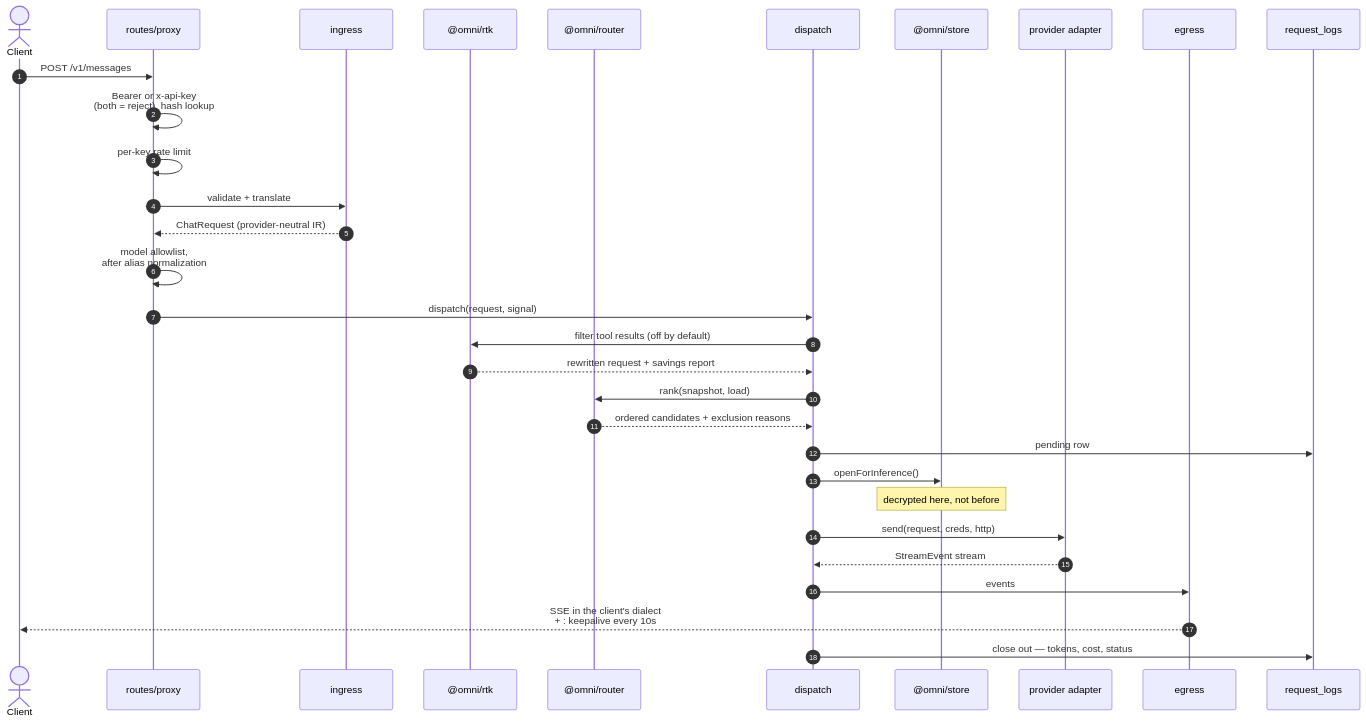
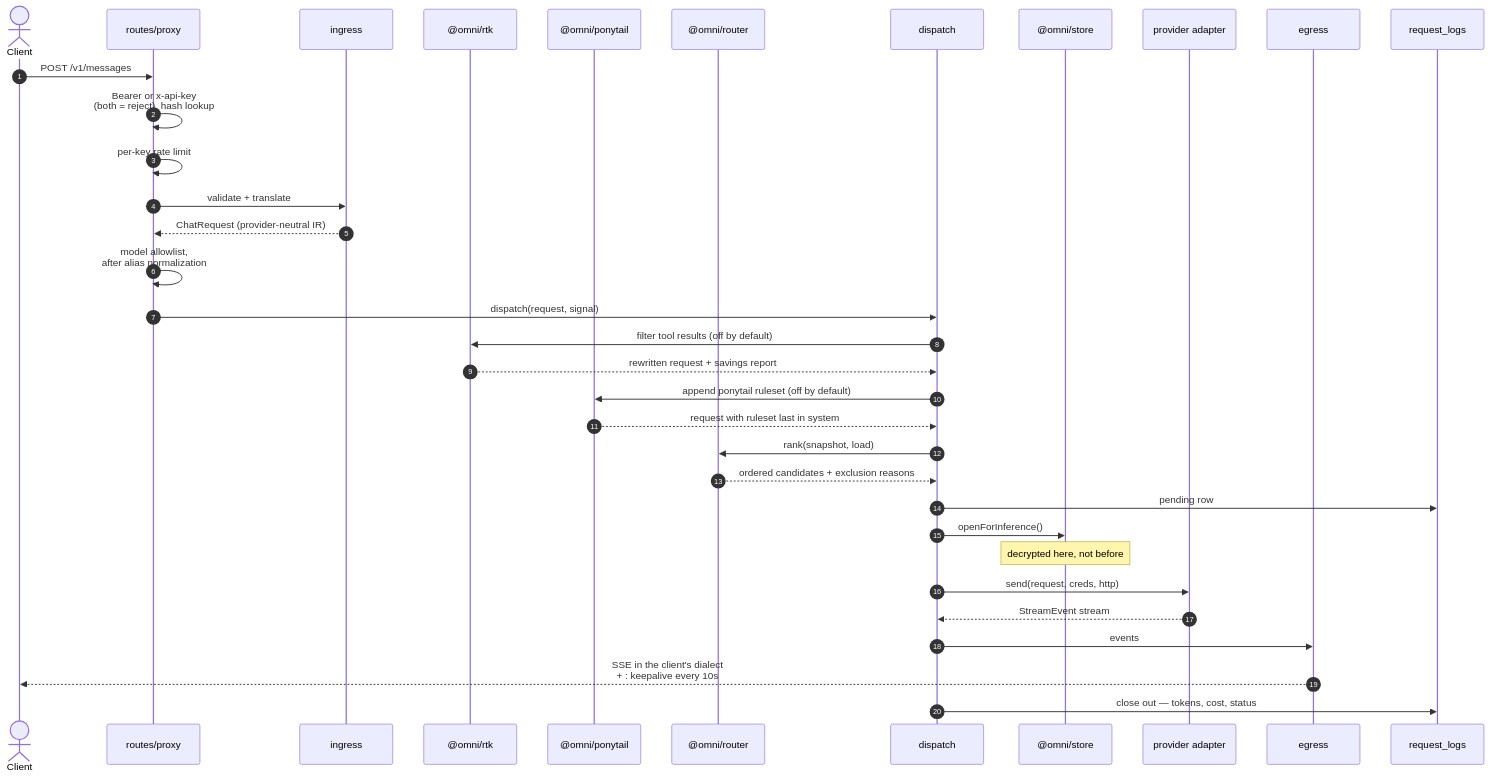
The first of 16 diagrams in ARCHITECTURE.md (harismawan/omnigateway), drawn with Mermaid before and after one commit. The commit also changed 27 other files, not shown here.

First line of the commit message:
feat: append the ponytail ruleset to system prompts, off by default

````diff
--- a/ARCHITECTURE.md
+++ b/ARCHITECTURE.md
@@ -26,34 +26,37 @@
 ```mermaid
 sequenceDiagram
   autonumber
   actor Client
   participant Route as routes/proxy
   participant In as ingress
   participant RTK as @omni/rtk
+  participant Pony as @omni/ponytail
   participant Router as @omni/router
   participant Disp as dispatch
   participant Cred as @omni/store
   participant Prov as provider adapter
   participant Out as egress
   participant Log as request_logs
 
   Client->>Route: POST /v1/messages
   Route->>Route: Bearer or x-api-key<br/>(both = reject), hash lookup
   Route->>Route: per-key rate limit
   Route->>In: validate + translate
   In-->>Route: ChatRequest (provider-neutral IR)
   Route->>Route: model allowlist,<br/>after alias normalization
   Route->>Disp: dispatch(request, signal)
   Disp->>RTK: filter tool results (off by default)
   RTK-->>Disp: rewritten request + savings report
+  Disp->>Pony: append ponytail ruleset (off by default)
+  Pony-->>Disp: request with ruleset last in system
   Disp->>Router: rank(snapshot, load)
   Router-->>Disp: ordered candidates + exclusion reasons
   Disp->>Log: pending row
   Disp->>Cred: openForInference()
   Note over Cred: decrypted here, not before
   Disp->>Prov: send(request, creds, http)
   Prov-->>Disp: StreamEvent stream
   Disp->>Out: events
   Out-->>Client: SSE in the client's dialect<br/>+ : keepalive every 10s
   Disp->>Log: close out — tokens, cost, status
 ```
````
